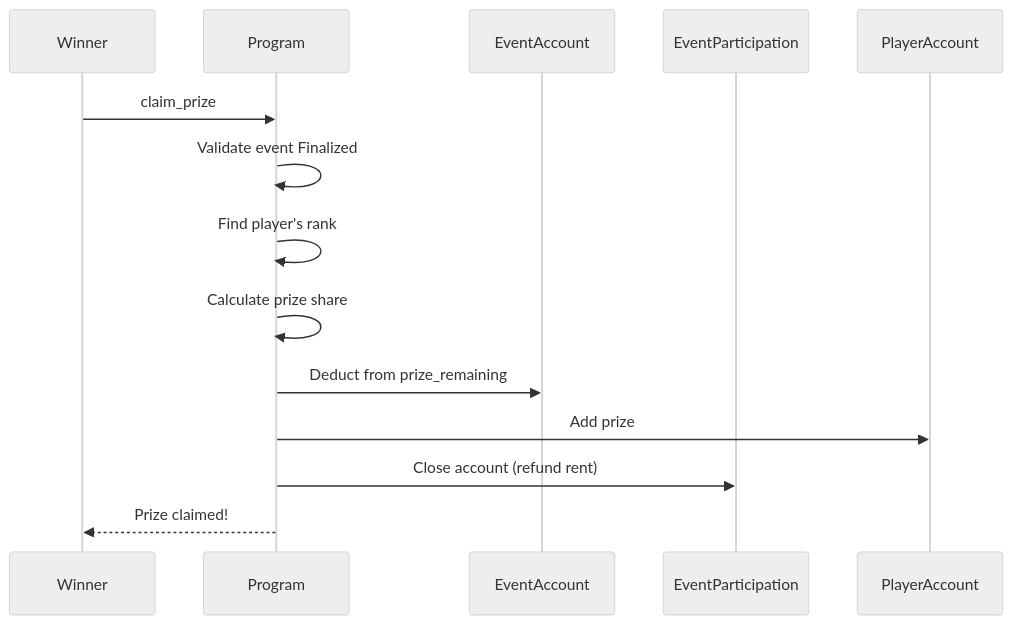
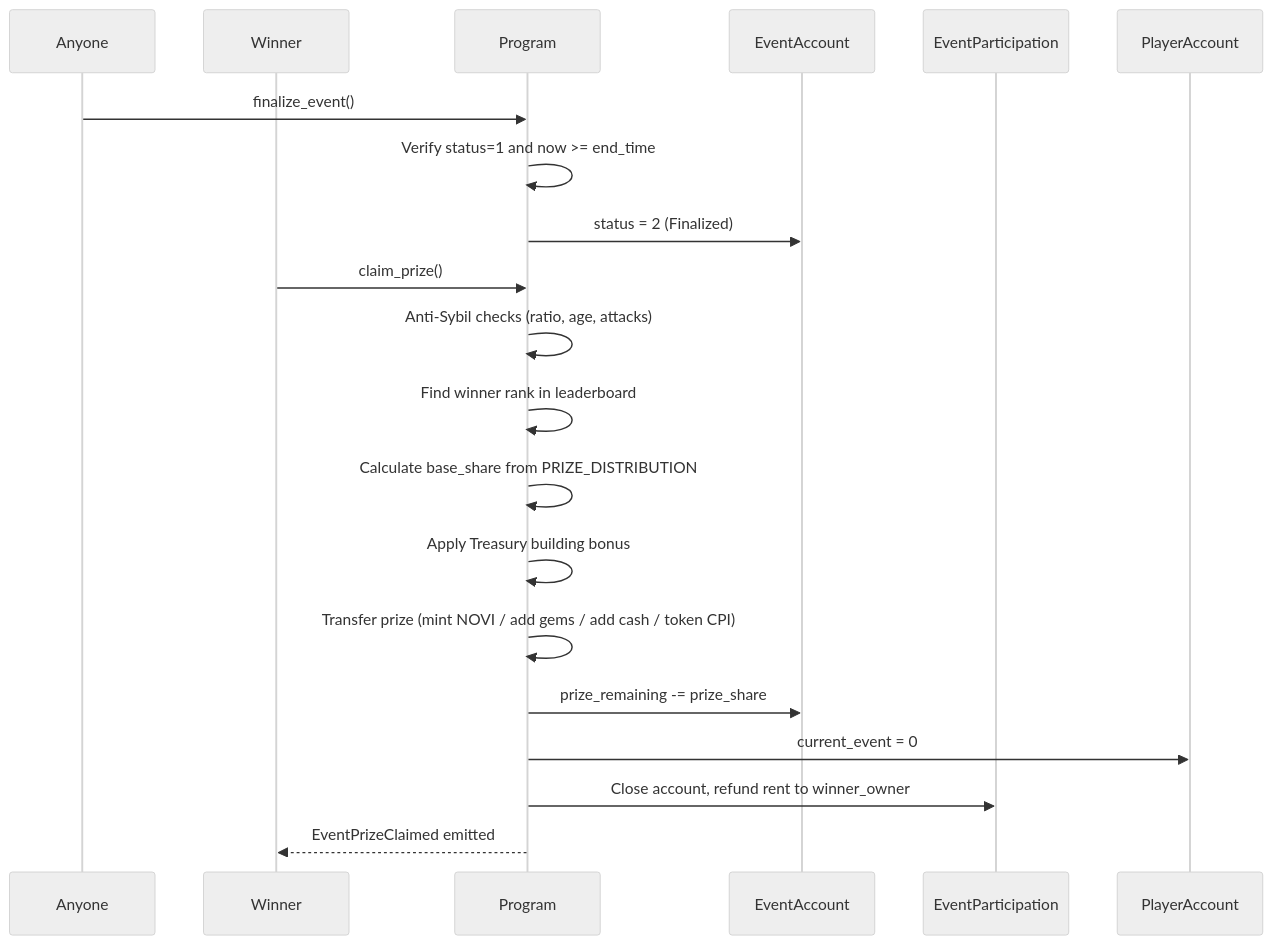
Before and after one commit to crypt0miester/novus-mundus: the eighth of 8 diagrams in docs/onchain/04-systems/events.md, drawn with Mermaid (neutral theme). The commit also changed other lines of this file and 259 other files, not shown here.

````diff
--- a/docs/onchain/04-systems/events.md
+++ b/docs/onchain/04-systems/events.md
@@ -282,17 +349,23 @@
 ```mermaid
 sequenceDiagram
+    participant Anyone
     participant Winner
     participant Program
     participant EventAccount
     participant EventParticipation
-    participant PlayerAccount
 
-    Winner->>Program: claim_prize
-    Program->>Program: Validate event Finalized
-    Program->>Program: Find player's rank
-    Program->>Program: Calculate prize share
-    Program->>EventAccount: Deduct from prize_remaining
-    Program->>PlayerAccount: Add prize
-    Program->>EventParticipation: Close account (refund rent)
-    Program-->>Winner: Prize claimed!
+    Anyone->>Program: finalize_event()
+    Program->>Program: Verify status=1 and now >= end_time
+    Program->>EventAccount: status = 2 (Finalized)
+
+    Winner->>Program: claim_prize()
+    Program->>Program: Anti-Sybil checks (ratio, age, attacks)
+    Program->>Program: Find winner rank in leaderboard
+    Program->>Program: Calculate base_share from PRIZE_DISTRIBUTION
+    Program->>Program: Apply Treasury building bonus
+    Program->>Program: Transfer prize (mint NOVI / add gems / add cash / token CPI)
+    Program->>EventAccount: prize_remaining -= prize_share
+    Program->>PlayerAccount: current_event = 0
+    Program->>EventParticipation: Close account, refund rent to winner_owner
+    Program-->>Winner: EventPrizeClaimed emitted
 ```
````
